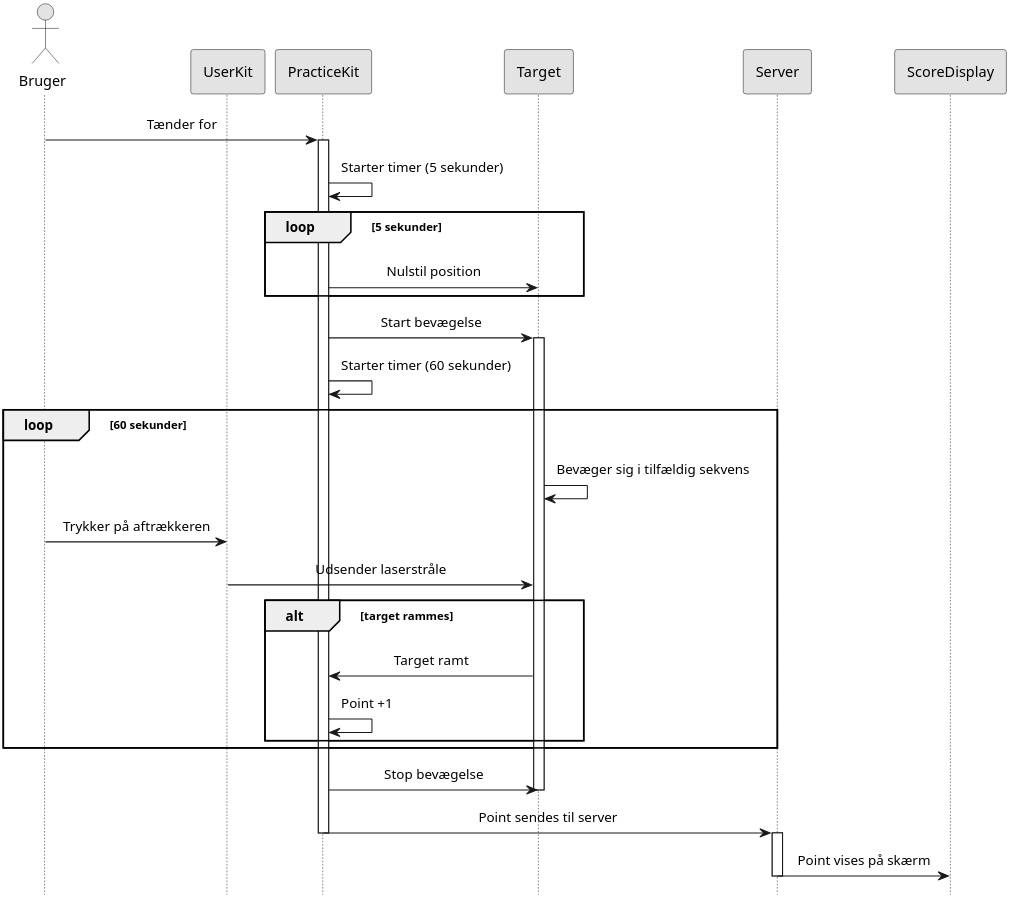
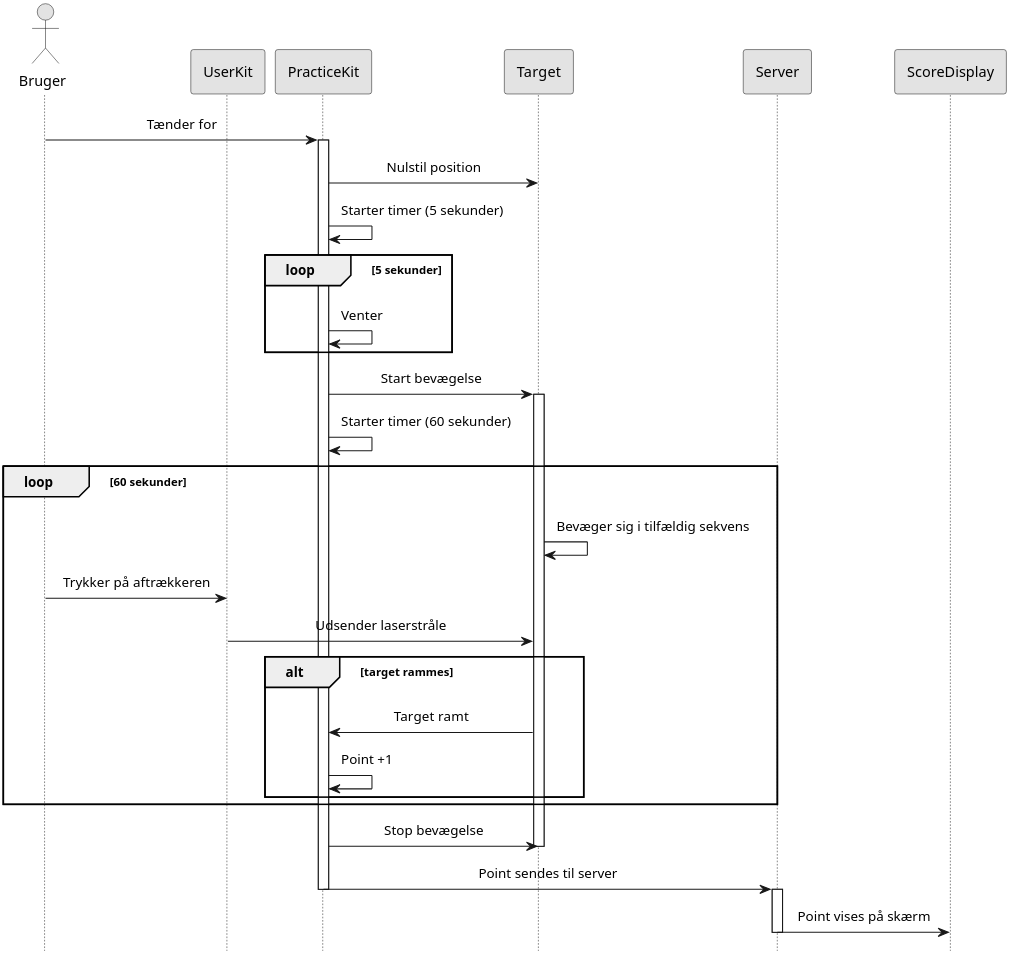
Before and after one commit to LasseKrarup/Laser-Tag-Project: the diagram in PlantUML/ssd_uc1.plantuml, drawn with PlantUML. The commit also changed 3 other files, not shown here.

```diff
--- a/PlantUML/ssd_uc1.plantuml
+++ b/PlantUML/ssd_uc1.plantuml
@@ -1,57 +1,58 @@
 @startuml ssd-uc1
 
 hide footbox
 
 skinparam {
     monochrome true
     dpi 300
     padding 5
     sequenceMessageAlign center
     packageStyle frame
     shadowing false
     'backgroundColor transparent
 }
 
 actor Bruger as user
 
 participant "UserKit" as userKit
 participant "PracticeKit" as practiceKit
 participant "Target" as target
 participant "Server" as server
 participant "ScoreDisplay" as screen
 
 '== Use case 1 ==
 user -> practiceKit: Tænder for
 
 activate practiceKit
 
+practiceKit -> target: Nulstil position
 practiceKit -> practiceKit: Starter timer (5 sekunder)
 loop 5 sekunder
-    practiceKit -> target: Nulstil position
+    practiceKit -> practiceKit: Venter
 end
 
 practiceKit -> target: Start bevægelse
 activate target
 
 practiceKit -> practiceKit: Starter timer (60 sekunder)
 loop 60 sekunder
     target -> target: Bevæger sig i tilfældig sekvens
     user -> userKit: Trykker på aftrækkeren
     userKit -> target: Udsender laserstråle
 
     alt target rammes
         target -> practiceKit: Target ramt
         practiceKit -> practiceKit: Point +1
     end
 end
 
 practiceKit -> target: Stop bevægelse
 deactivate target
 
 practiceKit -> server: Point sendes til server
 deactivate practiceKit
 activate server
 server -> screen: Point vises på skærm
 deactivate server
 
 @enduml
```
